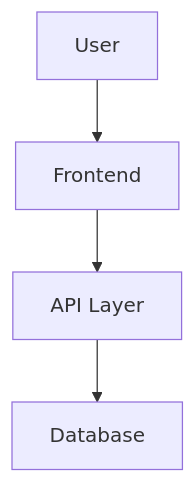
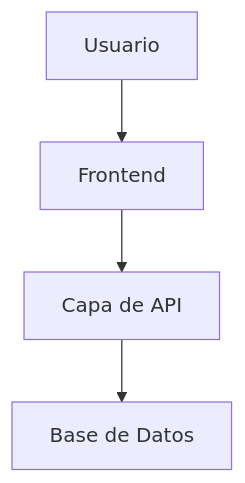
One commit to gonzoblasco/ai-developer-stack changed the diagram in tools-automation/documentation-expert/templates/README_TEMPLATE.md. Above: the diagram before and after it, drawn with Mermaid. The commit also changed other lines of this file and 15 other files, not shown here.

````diff
--- a/tools-automation/documentation-expert/templates/README_TEMPLATE.md
+++ b/tools-automation/documentation-expert/templates/README_TEMPLATE.md
@@ -33,6 +33,6 @@
 ```mermaid
 graph TD
-  A[User] --> B[Frontend]
-  B --> C[API Layer]
-  C --> D[Database]
+  A[Usuario] --> B[Frontend]
+  B --> C[Capa de API]
+  C --> D[Base de Datos]
 ```
````
